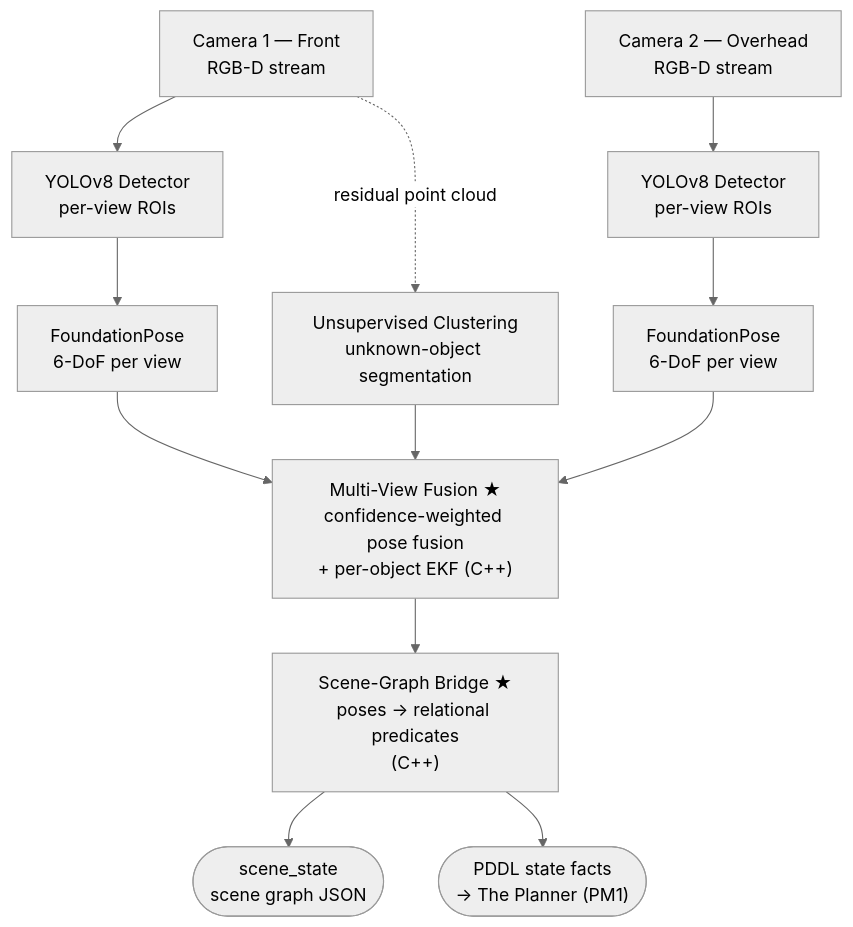
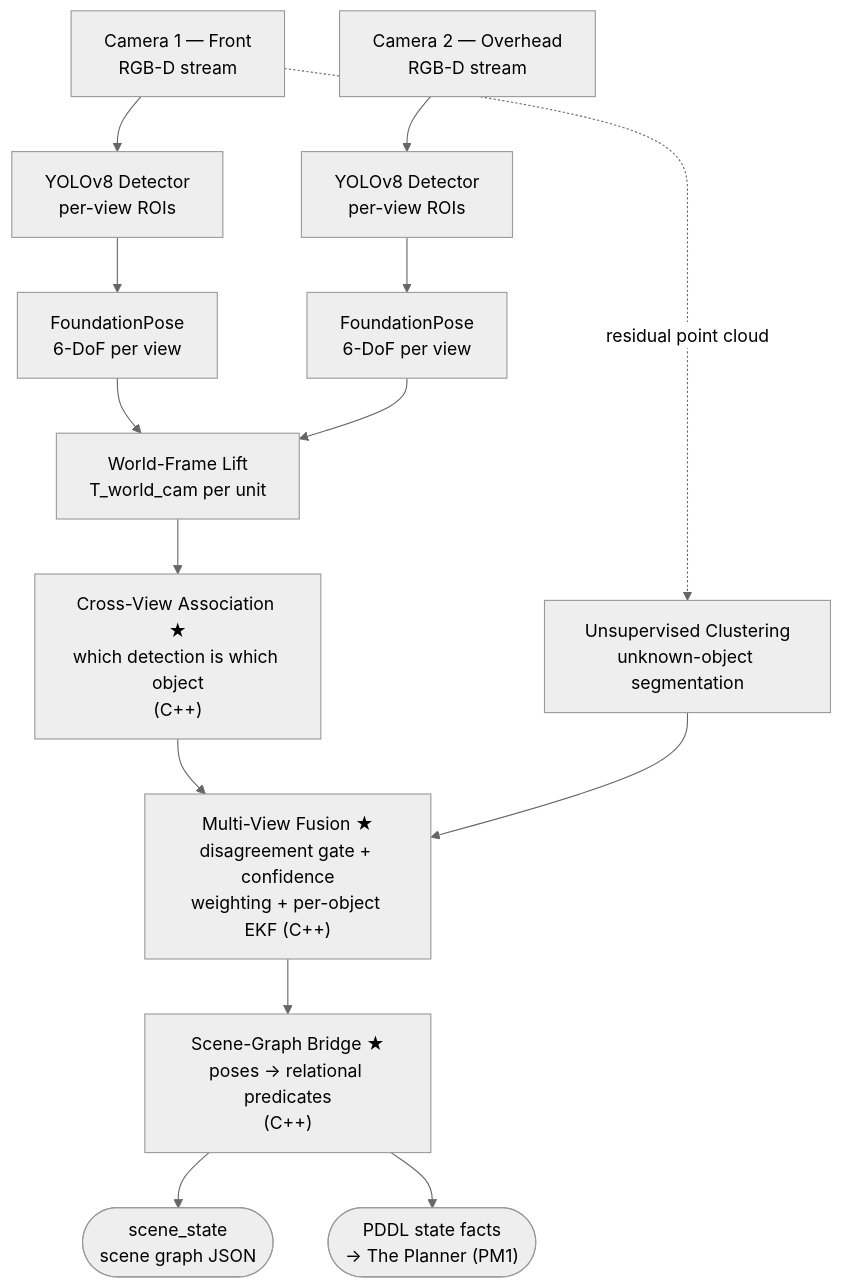
One commit to chanwaijye/PRS-PM-2026-09-15-AIS08-GRP-12-TheEyes changed the diagram in ProjectReport/PRS-PM-2026-AIS08-GRP-12-TheEyes-Proposal-DRAFT.md. Above: the diagram before and after it, drawn with Mermaid (neutral theme). The commit also changed other lines of this file, not shown here.

First line of the commit message:
Rebuild the proposal's architecture, test setup and deliverables sections

````diff
--- a/ProjectReport/PRS-PM-2026-AIS08-GRP-12-TheEyes-Proposal-DRAFT.md
+++ b/ProjectReport/PRS-PM-2026-AIS08-GRP-12-TheEyes-Proposal-DRAFT.md
@@ -132,18 +135,20 @@
 ```{.mermaid width=60%}
 flowchart TD
     C1["Camera 1 — Front<BR>RGB-D stream"] --> D1["YOLOv8 Detector<BR>per-view ROIs"]
     C2["Camera 2 — Overhead<BR>RGB-D stream"] --> D2["YOLOv8 Detector<BR>per-view ROIs"]
 
     D1 --> P1["FoundationPose<BR>6-DoF per view"]
     D2 --> P2["FoundationPose<BR>6-DoF per view"]
 
     C1 -. residual point cloud .-> U["Unsupervised Clustering<BR>unknown-object segmentation"]
 
-    P1 & P2 --> F["Multi-View Fusion ★<BR>confidence-weighted pose fusion<BR>+ per-object EKF (C++)"]
+    P1 & P2 --> W["World-Frame Lift<BR>T_world_cam per unit"]
+    W --> A["Cross-View Association ★<BR>which detection is which object<BR>(C++)"]
+    A --> F["Multi-View Fusion ★<BR>disagreement gate + confidence<BR>weighting + per-object EKF (C++)"]
     U --> F
 
     F --> S["Scene-Graph Bridge ★<BR>poses → relational predicates<BR>(C++)"]
 
     S --> O1(["scene_state<BR>scene graph JSON"])
     S --> O2(["PDDL state facts<BR>→ The Planner (PM1)"])
 ```
````
